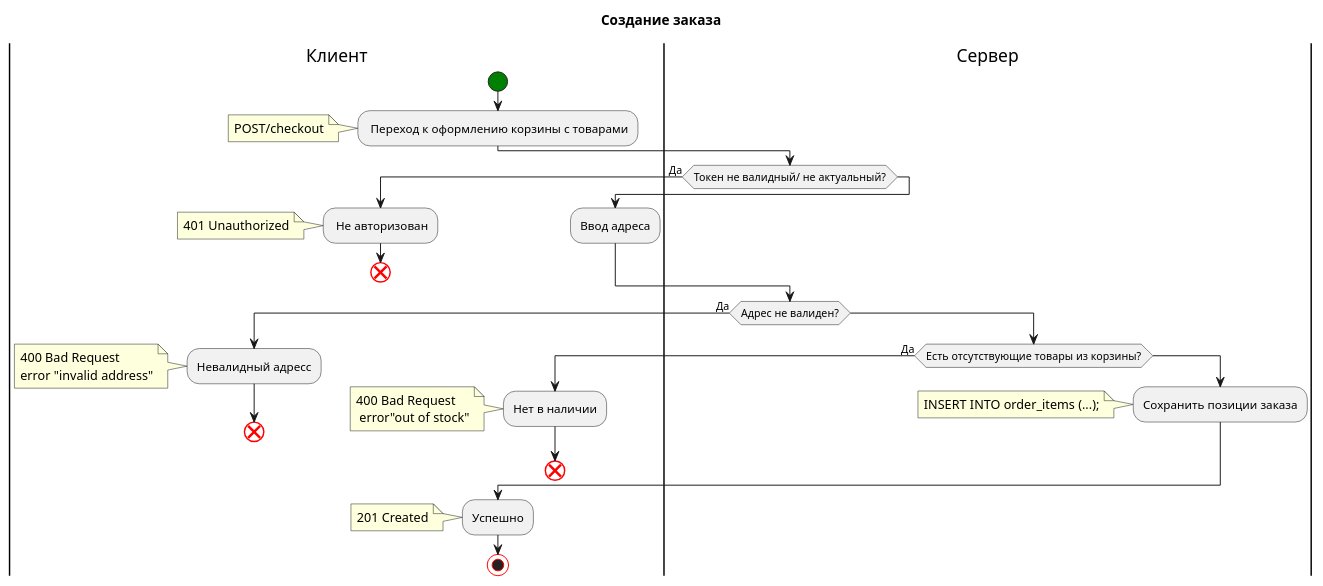
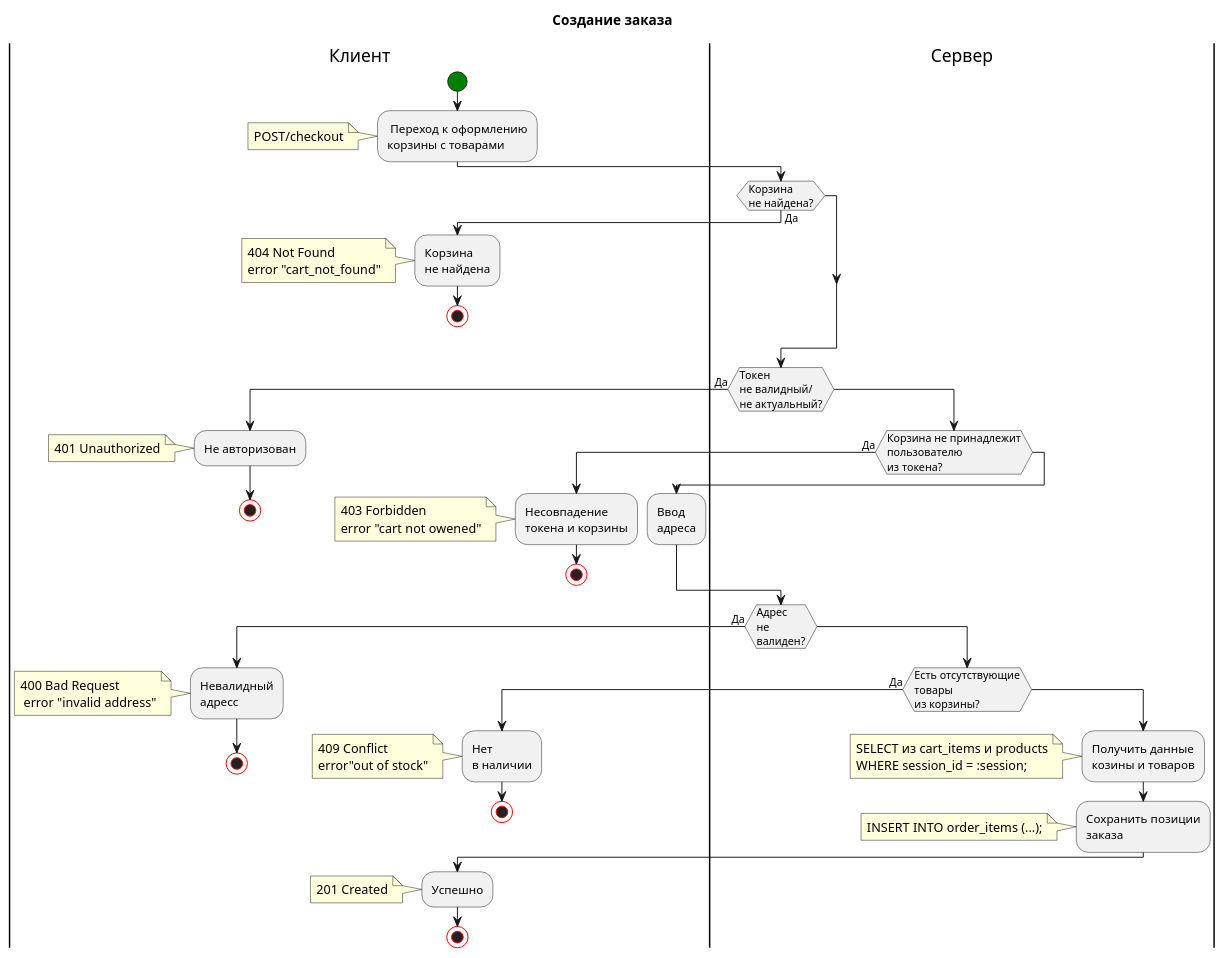
One commit to a-dobritsa/spareparts_for_everyone changed the diagram in diagrams/ActivityDiagram.puml. Above: the diagram before and after it, drawn with PlantUML.

Commit message:
Исправленно с учетом последних комментариев

```diff
--- a/diagrams/ActivityDiagram.puml
+++ b/diagrams/ActivityDiagram.puml
@@ -1,59 +1,85 @@
 @startuml
 title Создание заказа
 skinparam activity {
 startColor green
 endColor red
 stopColor red
 }
 
 swimlane Клиент
-start
-    : Переход к оформлению корзины с товарами;
-    note 
-      POST/checkout
-    end note
+  start
+  : Переход к оформлению\nкорзины с товарами;
+  note 
+    POST/checkout
+  end note
 swimlane Сервер
-        if (Токен не валидный/ не актуальный?) then (Да)
+      if (Корзина\nне найдена?) then (Да)
 swimlane Клиент
-        : Не авторизован;
+        :Корзина\nне найдена;
         note
-          401 Unauthorized
+          404 Not Found
+          error "cart_not_found"
         end note
-        end
-        else
-        :Ввод адреса;
-        endif
+        stop
+      endif
 swimlane Сервер
-          if (Адрес не валиден?) then (Да)
+        if (Токен\nне валидный/\nне актуальный?) then (Да)
 swimlane Клиент
-          :Невалидный адресс;
+          :Не авторизован;
           note
-            400 Bad Request
-            error "invalid address"
+            401 Unauthorized
           end note
-          end
+          stop
           else
 swimlane Сервер
-            if (Есть отсутствующие товары из корзины?) then (Да)
+            if (Корзина не принадлежит\nпользователю\nиз токена?) then (Да)
 swimlane Клиент
-            :Нет в наличии;
-            note 
-             400 Bad Request
-              error"out of stock"
-            end note
-            end
-            else
+              :Несовпадение\nтокена и корзины;
+              note
+                403 Forbidden
+                error "cart not owened"
+              end note
+              stop
+              else
+              :Ввод\nадреса;
+        endif
+            endif
 swimlane Сервер
-              :Сохранить позиции заказа;
-              note
-                INSERT INTO order_items (...);
-              end note
-          endif
-            endif
+              if (Адрес\nне\nвалиден?) then (Да)
 swimlane Клиент
-                :Успешно;
+                :Невалидный\nадресс;
                 note
-                  201 Created
-                endnote
-            stop
+                 400 Bad Request
+                  error "invalid address"
+                end note
+                stop
+                else
+swimlane Сервер
+                if (Есть отсутствующие\nтовары\nиз корзины?) then (Да)
+swimlane Клиент
+                  :Нет\nв наличии;
+                   note 
+                    409 Conflict
+                    error"out of stock"
+                  end note
+                  stop
+                  else
+swimlane Сервер
+                  :Получить данные\nкозины и товаров;
+                  note
+                    SELECT из cart_items и products
+                    WHERE session_id = :session;
+                  end note
+                  :Сохранить позиции\nзаказа;
+                  note
+                  INSERT INTO order_items (...);
+                  end note
+              endif
+                endif
+swimlane Клиент
+  :Успешно;
+  note
+    201 Created
+  end note
+  stop
 @enduml
```
